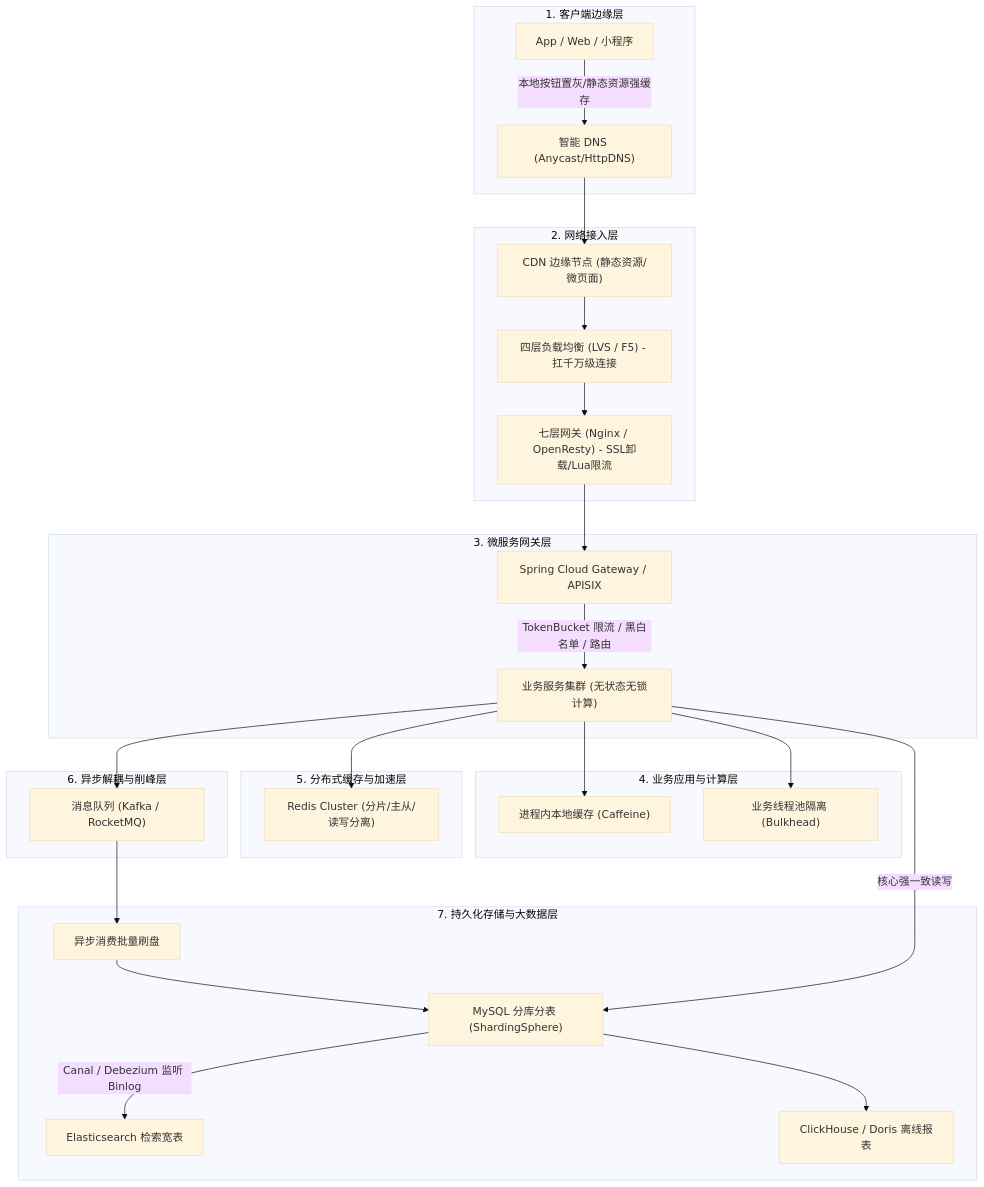
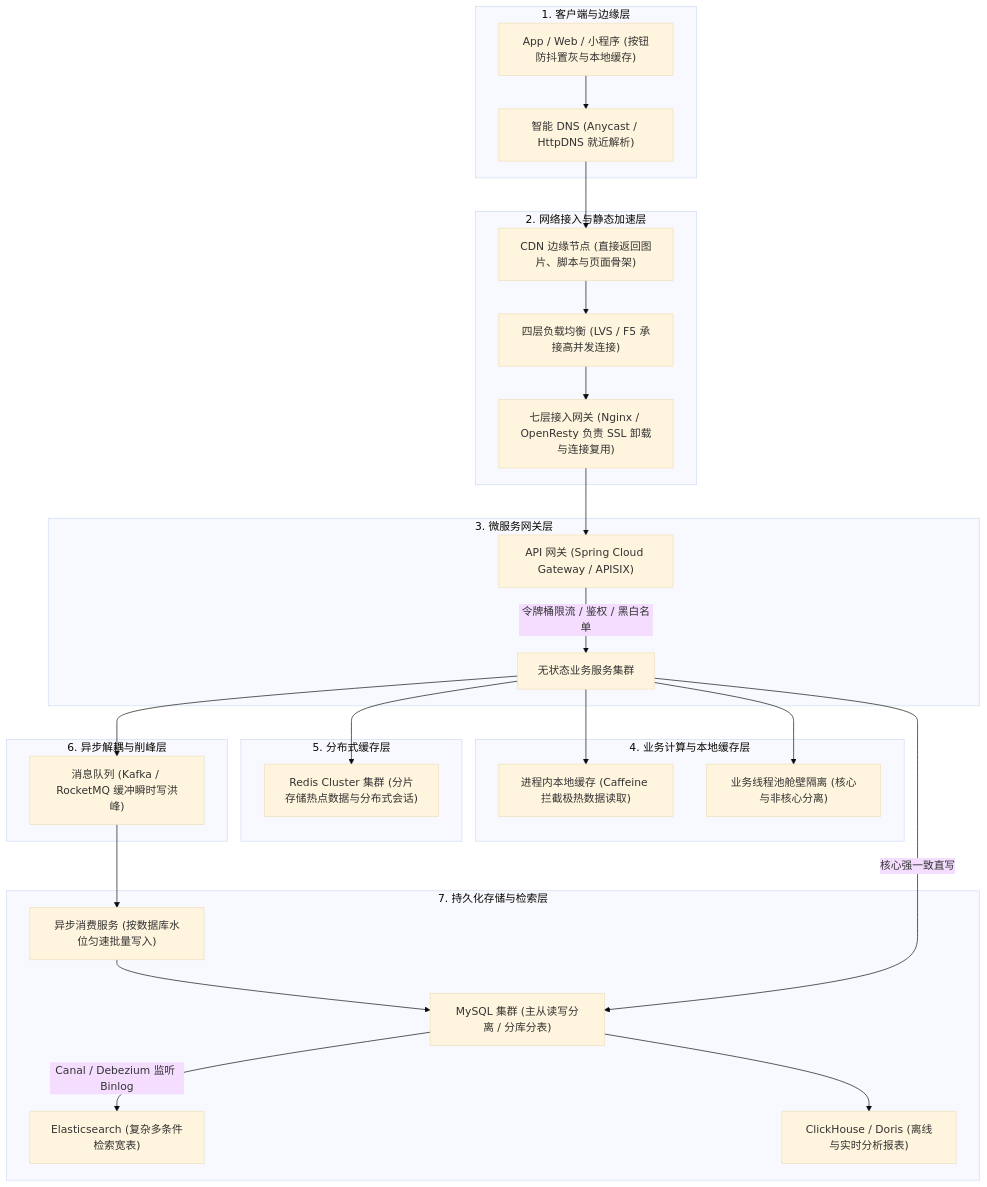
The second of 4 diagrams in 20-Java后端/08-系统设计/01-高并发架构设计.md (GuoWWWX/knowledge-base), drawn with Mermaid (base theme) before and after one commit. The commit also changed other lines of this file and 251 other files, not shown here.

````diff
--- a/20-Java后端/08-系统设计/01-高并发架构设计.md
+++ b/20-Java后端/08-系统设计/01-高并发架构设计.md
@@ -65,38 +71,38 @@
 ```mermaid
 flowchart TD
-    subgraph Client["1. 客户端边缘层"]
-        App["App / Web / 小程序"] -->|"本地按钮置灰/静态资源强缓存"| DNS["智能 DNS (Anycast/HttpDNS)"]
+    subgraph Client["1. 客户端与边缘层"]
+        App["App / Web / 小程序 (按钮防抖置灰与本地缓存)"] --> DNS["智能 DNS (Anycast / HttpDNS 就近解析)"]
     end
 
-    subgraph Network["2. 网络接入层"]
-        DNS --> CDN["CDN 边缘节点 (静态资源/微页面)"]
-        CDN --> LVS["四层负载均衡 (LVS / F5) - 扛千万级连接"]
-        LVS --> Nginx["七层网关 (Nginx / OpenResty) - SSL卸载/Lua限流"]
+    subgraph Network["2. 网络接入与静态加速层"]
+        DNS --> CDN["CDN 边缘节点 (直接返回图片、脚本与页面骨架)"]
+        CDN --> LVS["四层负载均衡 (LVS / F5 承接高并发连接)"]
+        LVS --> Nginx["七层接入网关 (Nginx / OpenResty 负责 SSL 卸载与连接复用)"]
     end
 
     subgraph Gateway["3. 微服务网关层"]
-        Nginx --> APIGW["Spring Cloud Gateway / APISIX"]
-        APIGW -->|"TokenBucket 限流 / 黑白名单 / 路由"| BizCluster["业务服务集群 (无状态无锁计算)"]
+        Nginx --> APIGW["API 网关 (Spring Cloud Gateway / APISIX)"]
+        APIGW -->|"令牌桶限流 / 鉴权 / 黑白名单"| BizCluster["无状态业务服务集群"]
     end
 
-    subgraph AppCluster["4. 业务应用与计算层"]
-        BizCluster --> Caffeine["进程内本地缓存 (Caffeine)"]
-        BizCluster --> DisThread["业务线程池隔离 (Bulkhead)"]
+    subgraph AppCluster["4. 业务计算与本地缓存层"]
+        BizCluster --> Caffeine["进程内本地缓存 (Caffeine 拦截极热数据读取)"]
+        BizCluster --> DisThread["业务线程池舱壁隔离 (核心与非核心分离)"]
     end
 
-    subgraph CacheCluster["5. 分布式缓存与加速层"]
-        BizCluster --> Redis["Redis Cluster (分片/主从/读写分离)"]
+    subgraph CacheCluster["5. 分布式缓存层"]
+        BizCluster --> Redis["Redis Cluster 集群 (分片存储热点数据与分布式会话)"]
     end
 
     subgraph AsyncCluster["6. 异步解耦与削峰层"]
-        BizCluster --> MQ["消息队列 (Kafka / RocketMQ)"]
+        BizCluster --> MQ["消息队列 (Kafka / RocketMQ 缓冲瞬时写洪峰)"]
     end
 
-    subgraph DataStorage["7. 持久化存储与大数据层"]
-        MQ --> Consumer["异步消费批量刷盘"]
-        Consumer --> MySQL["MySQL 分库分表 (ShardingSphere)"]
-        BizCluster -->|"核心强一致读写"| MySQL
-        MySQL -->|"Canal / Debezium 监听 Binlog"| ES["Elasticsearch 检索宽表"]
-        MySQL --> ClickHouse["ClickHouse / Doris 离线报表"]
+    subgraph DataStorage["7. 持久化存储与检索层"]
+        MQ --> Consumer["异步消费服务 (按数据库水位匀速批量写入)"]
+        Consumer --> MySQL["MySQL 集群 (主从读写分离 / 分库分表)"]
+        BizCluster -->|"核心强一致直写"| MySQL
+        MySQL -->|"Canal / Debezium 监听 Binlog"| ES["Elasticsearch (复杂多条件检索宽表)"]
+        MySQL --> ClickHouse["ClickHouse / Doris (离线与实时分析报表)"]
     end
 ```
````
